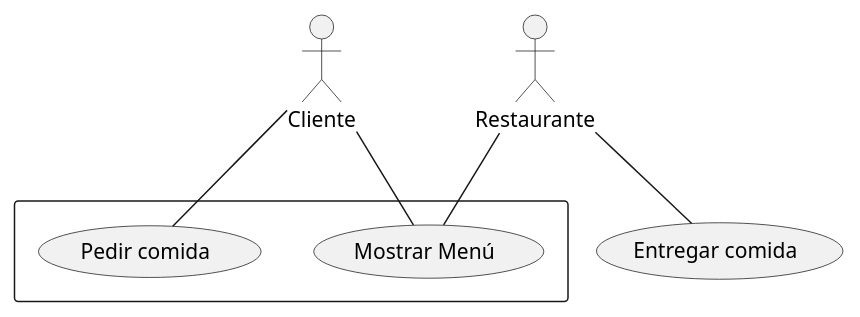
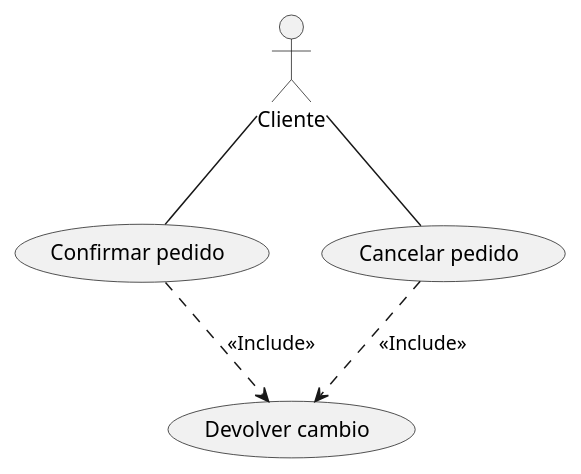
The diagram in src/CasosDeUso_UML.puml (alejaandroobc/CasosDeUso_UML), drawn with PlantUML before and after one commit.

Commit message:
Se hace una inclusión

```diff
--- a/src/CasosDeUso_UML.puml
+++ b/src/CasosDeUso_UML.puml
@@ -1,13 +1,11 @@
 @startuml
 :Cliente:
-:Restaurante:
-rectangle {
-usecase "Mostrar Menú" as UC1
-usecase "Pedir comida" as UC2
-}
-usecase "Entregar comida" as UC3
+usecase "Confirmar pedido" as UC1
+usecase "Cancelar pedido" as UC2
+usecase "Devolver cambio" as UC3
 Cliente -- UC1
 Cliente -- UC2
-Restaurante -- UC1
-Restaurante -- UC3
+UC1 ..> UC3 : <<Include>>
+UC2 ..> UC3 : <<Include>>
+
 @enduml
```
